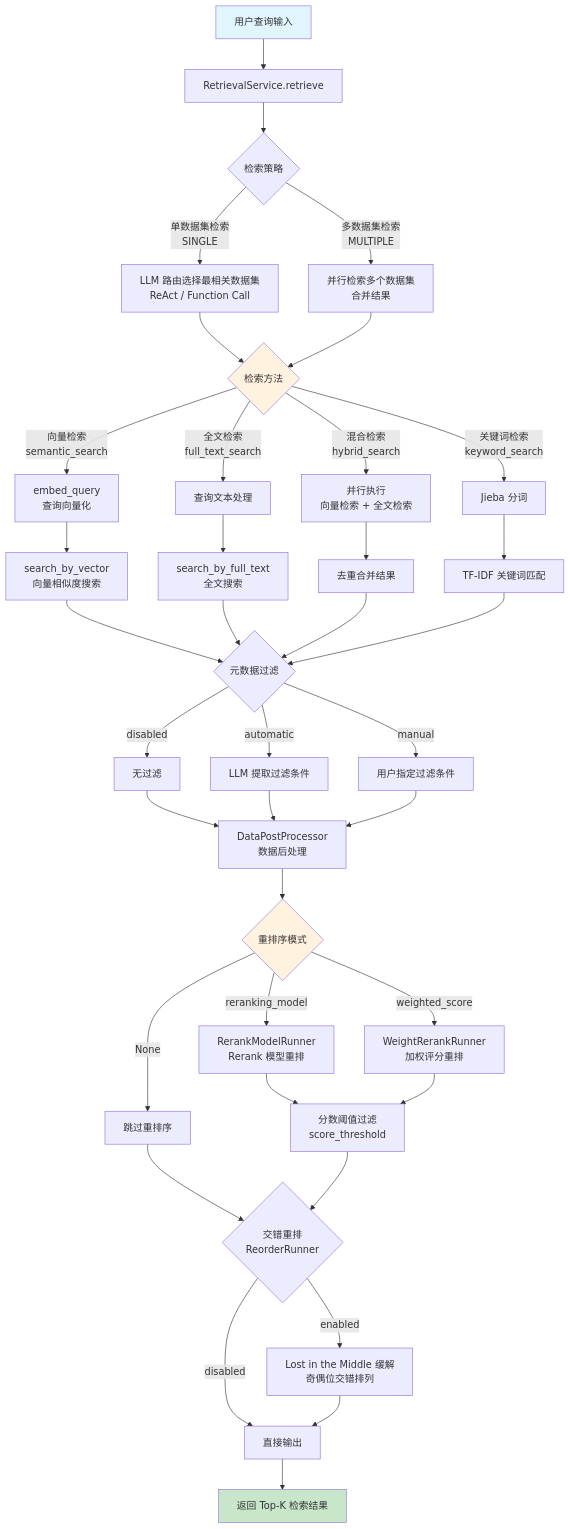
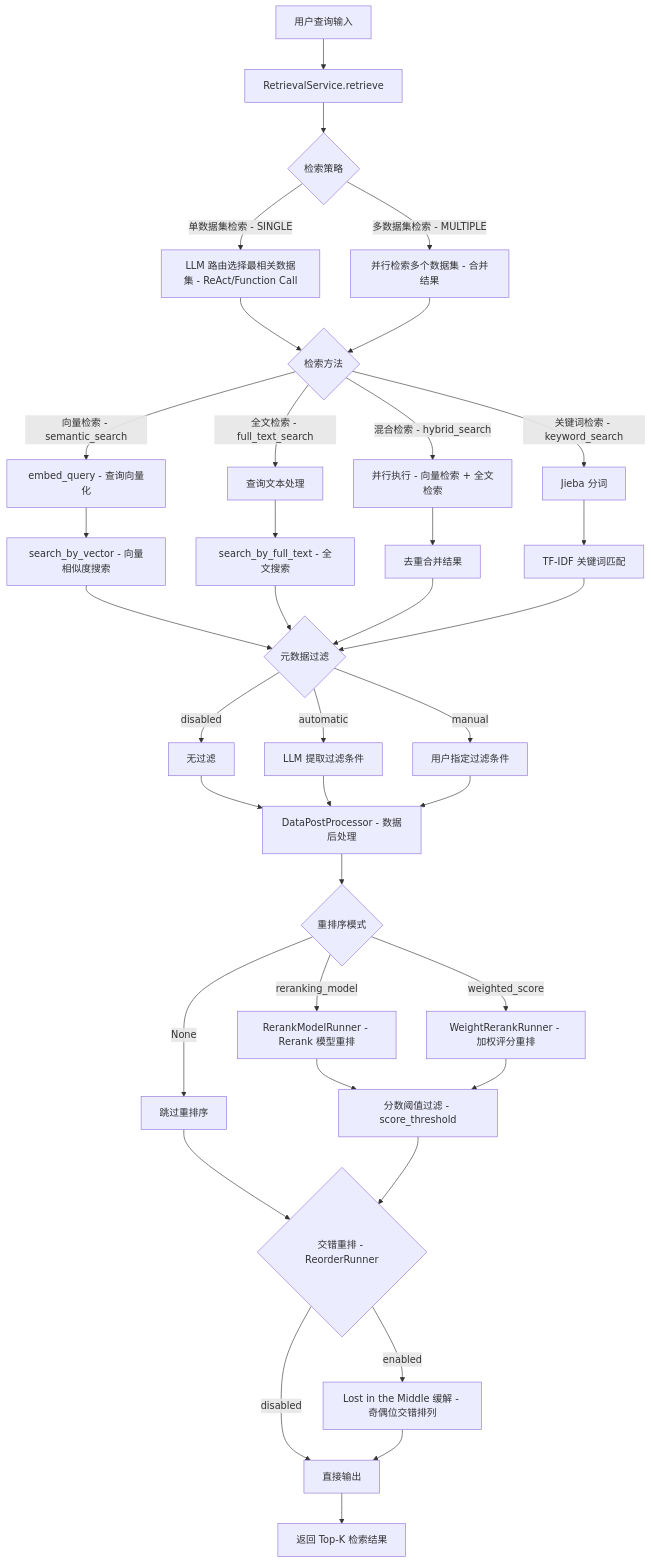
Before and after one commit to langgenius/dify: the fourth of 6 diagrams in project-docs/flows/rag-pipeline-flow.md, drawn with Mermaid. The commit also changed other lines of this file and 3 other files, not shown here.

First line of the commit message:
docs: update all mermaid flowchart syntax and wording

````diff
--- a/project-docs/flows/rag-pipeline-flow.md
+++ b/project-docs/flows/rag-pipeline-flow.md
@@ -206,57 +191,52 @@
 ```mermaid
-flowchart TD
+graph TB
     A[用户查询输入] --> B[RetrievalService.retrieve]
 
     B --> C{检索策略}
-    C -->|单数据集检索<br/>SINGLE| D1[LLM 路由选择最相关数据集<br/>ReAct / Function Call]
-    C -->|多数据集检索<br/>MULTIPLE| D2[并行检索多个数据集<br/>合并结果]
+    C -->|单数据集检索 - SINGLE| D1[LLM 路由选择最相关数据集 - ReAct/Function Call]
+    C -->|多数据集检索 - MULTIPLE| D2[并行检索多个数据集 - 合并结果]
 
     D1 --> E{检索方法}
     D2 --> E
 
-    E -->|向量检索<br/>semantic_search| F1[embed_query<br/>查询向量化]
-    F1 --> G1[search_by_vector<br/>向量相似度搜索]
+    E -->|向量检索 - semantic_search| F1[embed_query - 查询向量化]
+    F1 --> G1[search_by_vector - 向量相似度搜索]
 
-    E -->|全文检索<br/>full_text_search| F2[查询文本处理]
-    F2 --> G2[search_by_full_text<br/>全文搜索]
+    E -->|全文检索 - full_text_search| F2[查询文本处理]
+    F2 --> G2[search_by_full_text - 全文搜索]
 
-    E -->|混合检索<br/>hybrid_search| F3[并行执行<br/>向量检索 + 全文检索]
+    E -->|混合检索 - hybrid_search| F3[并行执行 - 向量检索 + 全文检索]
     F3 --> G3[去重合并结果]
 
-    E -->|关键词检索<br/>keyword_search| F4[Jieba 分词]
+    E -->|关键词检索 - keyword_search| F4[Jieba 分词]
     F4 --> G4[TF-IDF 关键词匹配]
 
     G1 --> H{元数据过滤}
     G2 --> H
     G3 --> H
     G4 --> H
 
     H -->|disabled| I1[无过滤]
     H -->|automatic| I2[LLM 提取过滤条件]
     H -->|manual| I3[用户指定过滤条件]
 
-    I1 --> J[DataPostProcessor<br/>数据后处理]
+    I1 --> J[DataPostProcessor - 数据后处理]
     I2 --> J
     I3 --> J
 
     J --> K{重排序模式}
-    K -->|reranking_model| L1[RerankModelRunner<br/>Rerank 模型重排]
-    K -->|weighted_score| L2[WeightRerankRunner<br/>加权评分重排]
+    K -->|reranking_model| L1[RerankModelRunner - Rerank 模型重排]
+    K -->|weighted_score| L2[WeightRerankRunner - 加权评分重排]
     K -->|None| L3[跳过重排序]
 
-    L1 --> M[分数阈值过滤<br/>score_threshold]
+    L1 --> M[分数阈值过滤 - score_threshold]
     L2 --> M
     L3 --> N
 
-    M --> N{交错重排<br/>ReorderRunner}
-    N -->|enabled| O[Lost in the Middle 缓解<br/>奇偶位交错排列]
+    M --> N{交错重排 - ReorderRunner}
+    N -->|enabled| O[Lost in the Middle 缓解 - 奇偶位交错排列]
     N -->|disabled| P[直接输出]
 
     O --> P
     P --> Q[返回 Top-K 检索结果]
-
-    style A fill:#e1f5fe
-    style E fill:#fff3e0
-    style K fill:#fff3e0
-    style Q fill:#c8e6c9
 ```
````
